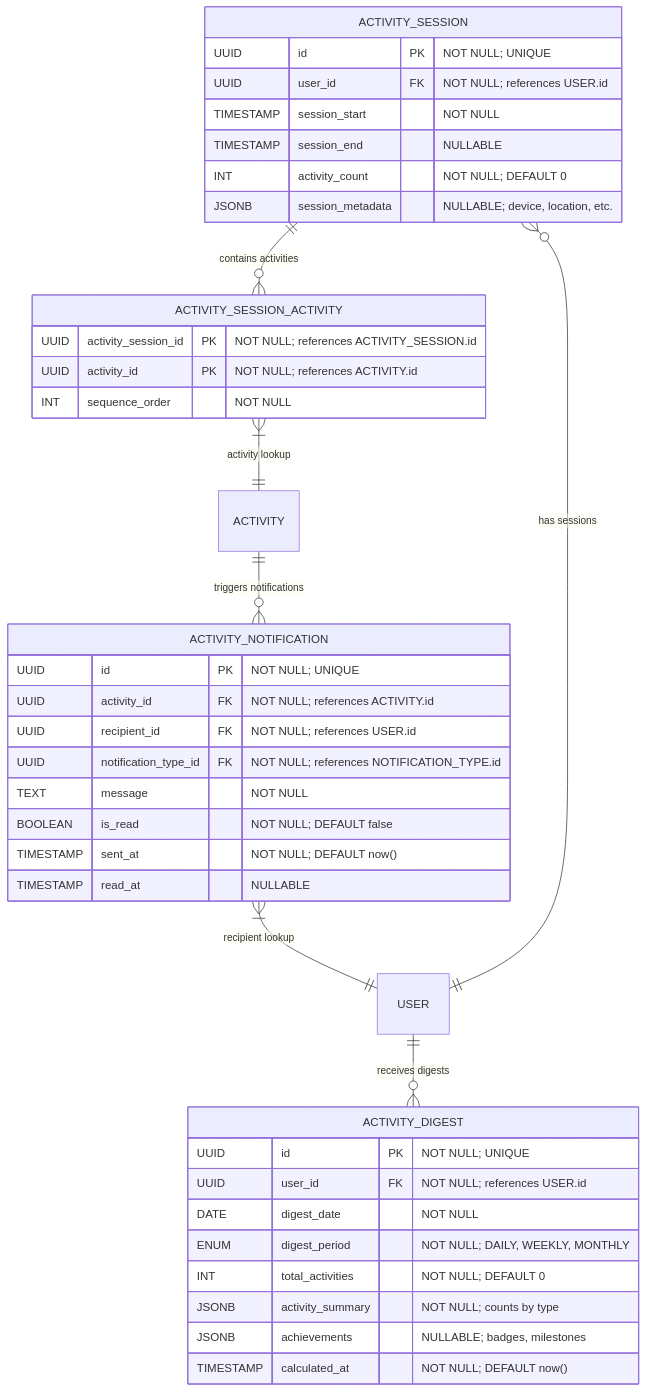
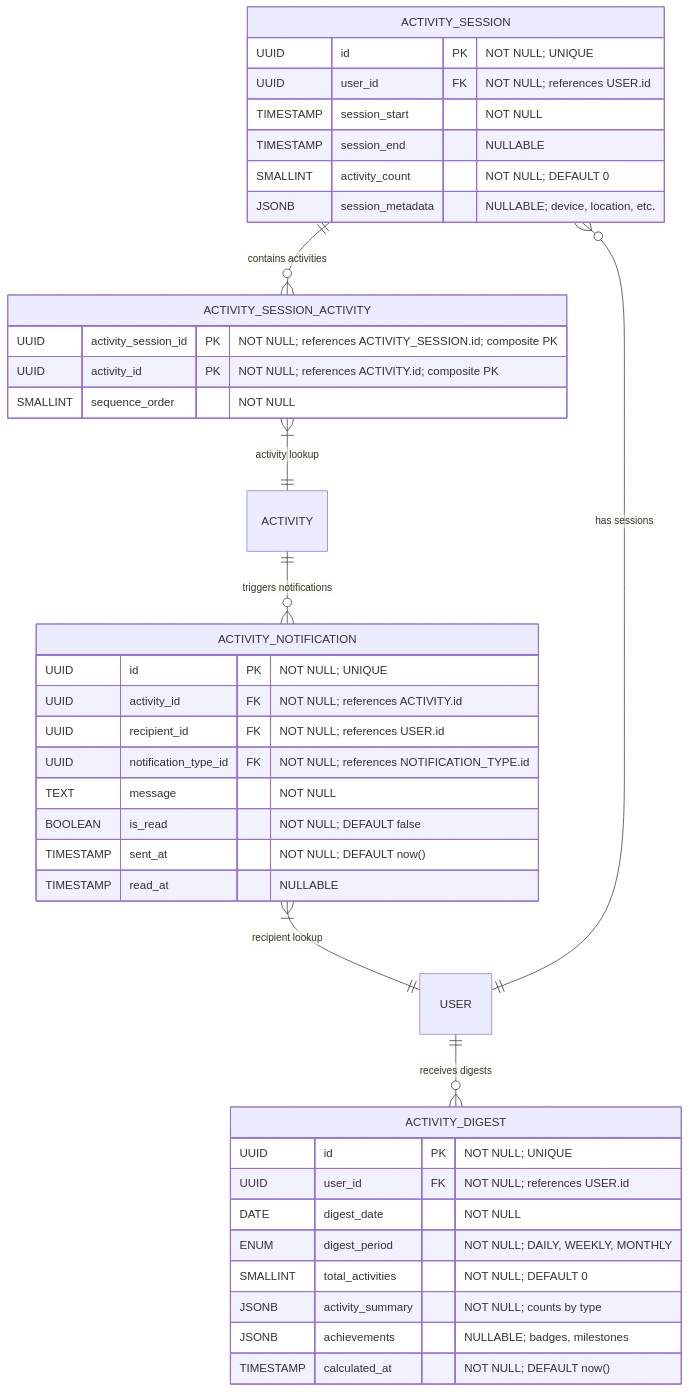
One commit to Dratharias/Motriforge changed the diagram in docs/activity/activity_history_analytics.md. Above: the diagram before and after it, drawn with Mermaid. The commit also changed 31 other files, not shown here.

````diff
--- a/docs/activity/activity_history_analytics.md
+++ b/docs/activity/activity_history_analytics.md
@@ -8,50 +8,50 @@
 ```mermaid
 erDiagram
   %%=== Layer 3: Activity History & Analytics ===%%
 
   ACTIVITY_SESSION {
     UUID id PK                         "NOT NULL; UNIQUE"
     UUID user_id FK                    "NOT NULL; references USER.id"
     TIMESTAMP session_start            "NOT NULL"
     TIMESTAMP session_end              "NULLABLE"
-    INT activity_count                 "NOT NULL; DEFAULT 0"
+    SMALLINT activity_count                 "NOT NULL; DEFAULT 0"
     JSONB session_metadata             "NULLABLE; device, location, etc."
   }
 
   ACTIVITY_SESSION_ACTIVITY {
-    UUID activity_session_id PK        "NOT NULL; references ACTIVITY_SESSION.id"
-    UUID activity_id PK                "NOT NULL; references ACTIVITY.id"
-    INT sequence_order                 "NOT NULL"
+    UUID activity_session_id PK        "NOT NULL; references ACTIVITY_SESSION.id; composite PK"
+    UUID activity_id PK                "NOT NULL; references ACTIVITY.id; composite PK"
+    SMALLINT sequence_order                 "NOT NULL"
   }
 
   ACTIVITY_DIGEST {
     UUID id PK                         "NOT NULL; UNIQUE"
     UUID user_id FK                    "NOT NULL; references USER.id"
     DATE digest_date                   "NOT NULL"
     ENUM digest_period                 "NOT NULL; DAILY, WEEKLY, MONTHLY"
-    INT total_activities               "NOT NULL; DEFAULT 0"
+    SMALLINT total_activities               "NOT NULL; DEFAULT 0"
     JSONB activity_summary             "NOT NULL; counts by type"
     JSONB achievements                 "NULLABLE; badges, milestones"
     TIMESTAMP calculated_at            "NOT NULL; DEFAULT now()"
   }
 
   ACTIVITY_NOTIFICATION {
     UUID id PK                         "NOT NULL; UNIQUE"
     UUID activity_id FK                "NOT NULL; references ACTIVITY.id"
     UUID recipient_id FK               "NOT NULL; references USER.id"
     UUID notification_type_id FK       "NOT NULL; references NOTIFICATION_TYPE.id"
     TEXT message                       "NOT NULL"
     BOOLEAN is_read                    "NOT NULL; DEFAULT false"
     TIMESTAMP sent_at                  "NOT NULL; DEFAULT now()"
     TIMESTAMP read_at                  "NULLABLE"
   }
 
   %%— Relationships in Layer 3 —
   USER ||--o{ ACTIVITY_SESSION         : "has sessions"
   ACTIVITY_SESSION ||--o{ ACTIVITY_SESSION_ACTIVITY : "contains activities"
   ACTIVITY_SESSION_ACTIVITY }|--|| ACTIVITY : "activity lookup"
   USER ||--o{ ACTIVITY_DIGEST          : "receives digests"
   ACTIVITY ||--o{ ACTIVITY_NOTIFICATION : "triggers notifications"
   ACTIVITY_NOTIFICATION }|--|| USER    : "recipient lookup"
 
 ```
````
